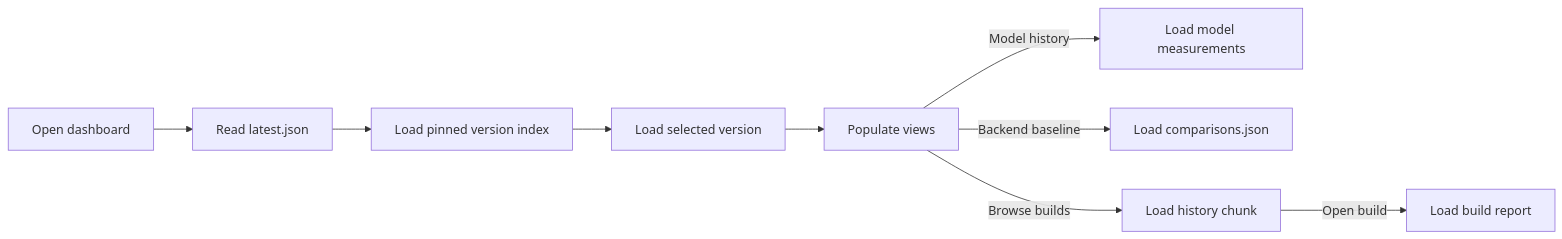
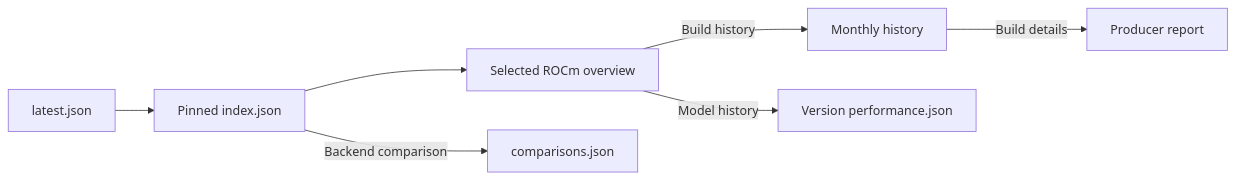
One commit to lemonade-sdk/rocm-readiness changed the second of 2 diagrams in docs/data-flow.md. Above: the diagram before and after it, drawn with Mermaid. The commit also changed other lines of this file and 3 other files, not shown here.

````diff
--- a/docs/data-flow.md
+++ b/docs/data-flow.md
@@ -53,11 +30,9 @@
 ```mermaid
 flowchart LR
-    Open["Open dashboard"] --> Pointer["Read latest.json"]
-    Pointer --> Index["Load pinned version index"]
-    Index --> Load["Load selected version"]
-    Load --> Display["Populate views"]
-    Display -->|Model history| Performance["Load model measurements"]
-    Display -->|Backend baseline| Comparisons["Load comparisons.json"]
-    Display -->|Browse builds| History["Load history chunk"]
-    History -->|Open build| Report["Load build report"]
+    Latest["latest.json"] --> Index["Pinned index.json"]
+    Index --> Overview["Selected ROCm overview"]
+    Overview -->|Build history| History["Monthly history"]
+    History -->|Build details| Report["Producer report"]
+    Overview -->|Model history| Performance["Version performance.json"]
+    Index -->|Backend comparison| Baseline["comparisons.json"]
 ```
````
